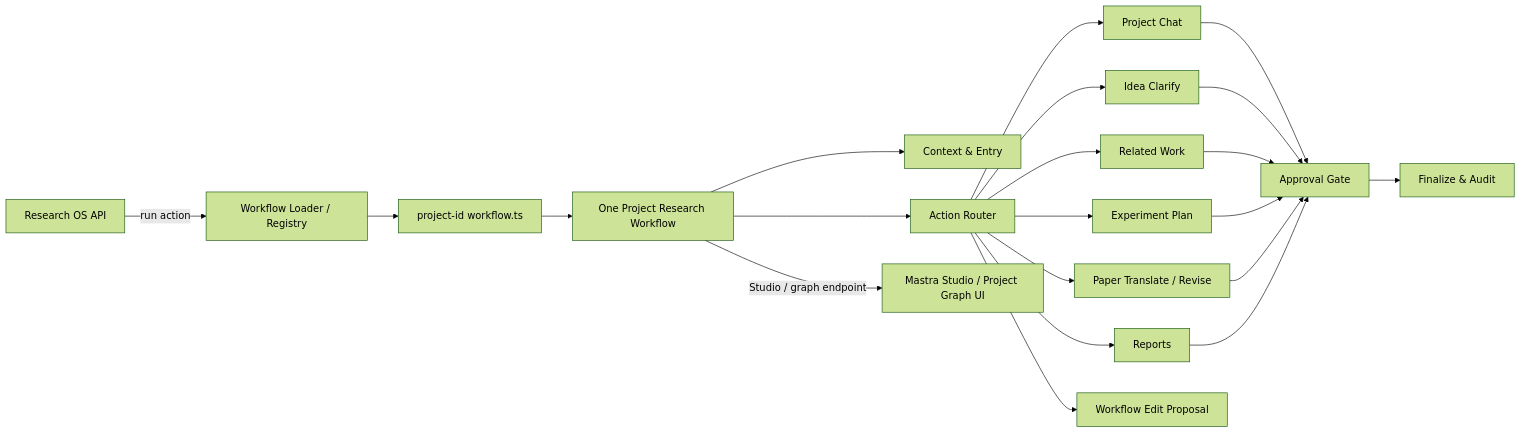
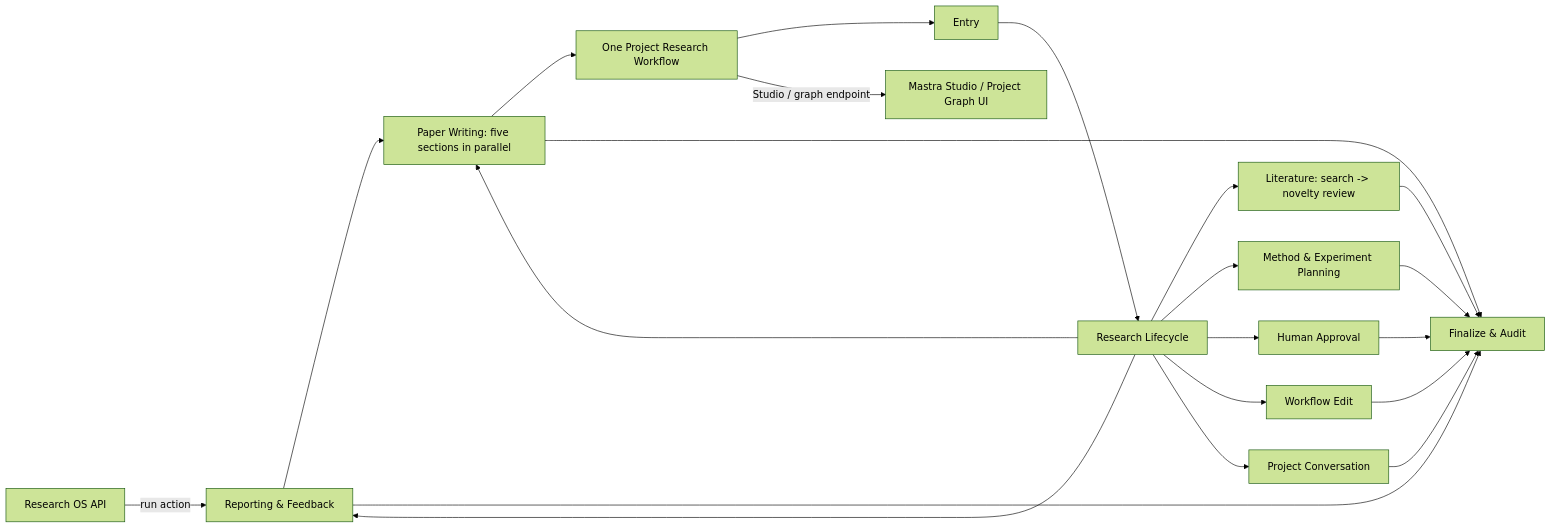
One commit to Karbo123/ResearchOS changed the diagram in TODO-workflow.md. Above: the diagram before and after it, drawn with Mermaid (forest theme). The commit also changed other lines of this file and 15 other files, not shown here.

Commit message:
refactor(workflow): model research lifecycle as semantic graph

````diff
--- a/TODO-workflow.md
+++ b/TODO-workflow.md
@@ -76,18 +77,17 @@
 ```mermaid
 flowchart LR
     API[Research OS API] -->|run action| R[Workflow Loader / Registry]
     R --> P[project-id workflow.ts]
     P --> W[One Project Research Workflow]
-    W --> C[Context & Entry]
-    W --> Route[Action Router]
-    Route --> Chat[Project Chat]
-    Route --> Idea[Idea Clarify]
-    Route --> RW[Related Work]
-    Route --> Exp[Experiment Plan]
-    Route --> Paper[Paper Translate / Revise]
-    Route --> Reports[Reports]
-    Route --> Edit[Workflow Edit Proposal]
-    Chat & Idea & RW & Exp & Paper & Reports --> A[Approval Gate]
-    A --> F[Finalize & Audit]
+    W --> E[Entry]
+    E --> LC[Research Lifecycle]
+    LC --> L[Literature: search -> novelty review]
+    LC --> M[Method & Experiment Planning]
+    LC --> P[Paper Writing: five sections in parallel]
+    LC --> R[Reporting & Feedback]
+    LC --> A[Human Approval]
+    LC --> E2[Workflow Edit]
+    LC --> C[Project Conversation]
+    L & M & P & R & A & E2 & C --> F[Finalize & Audit]
     W -->|Studio / graph endpoint| Studio[Mastra Studio / Project Graph UI]
 ```
````
